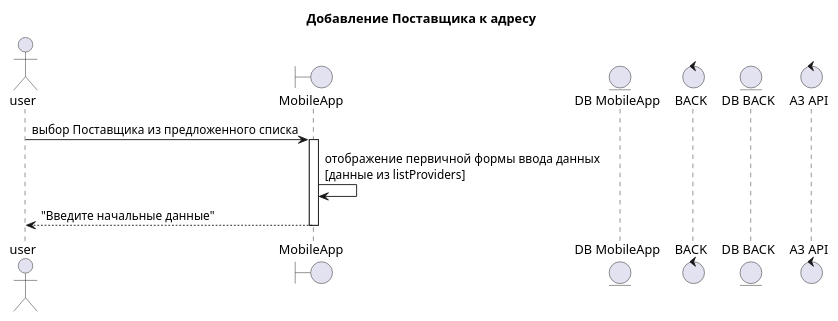
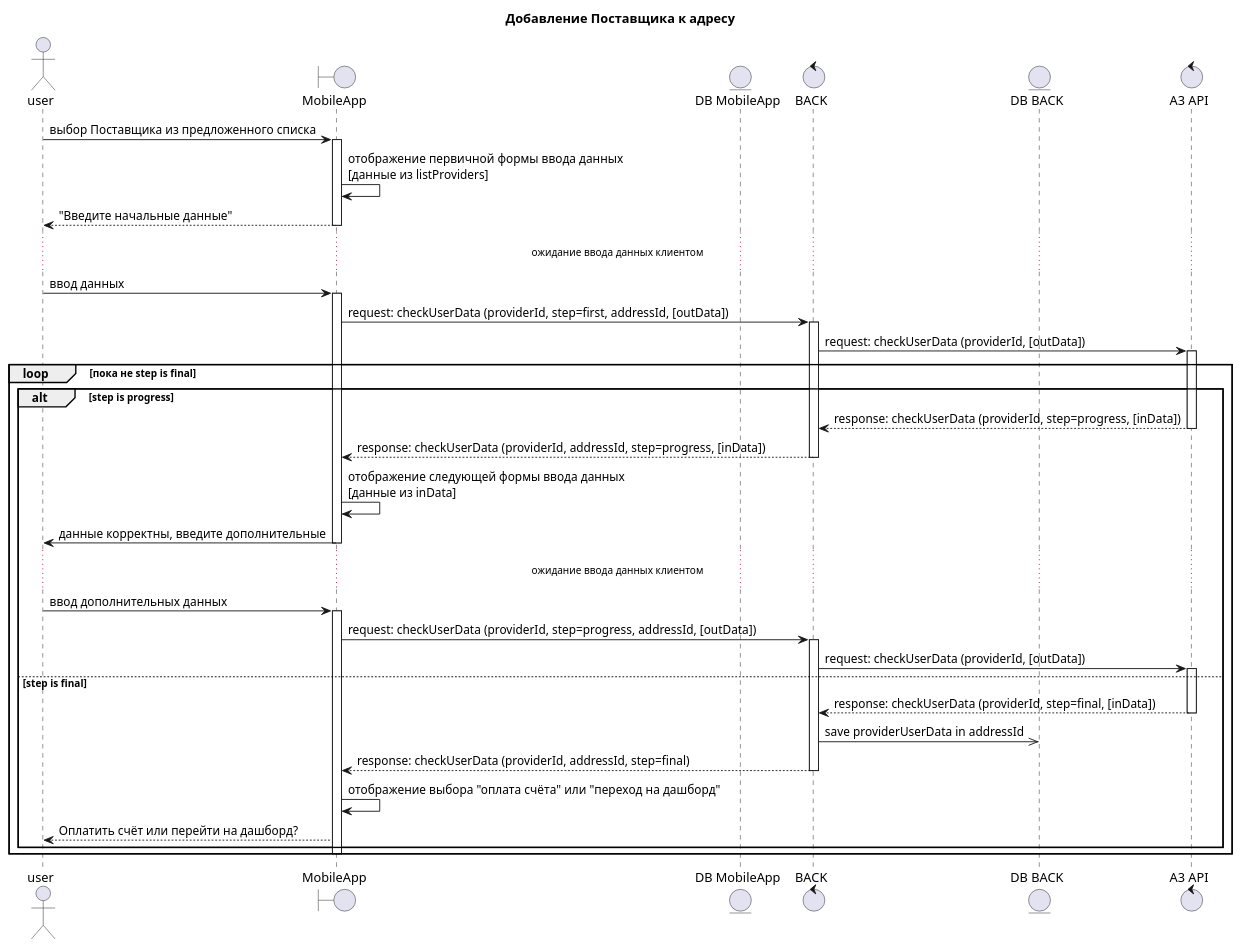
Before and after one commit to ArtWh0/UML-Scheme: the diagram in Добавление Поставщика к адресу клиенту/ДобавлениеПоставщикаКАдресу.pu, drawn with PlantUML.

Commit message:
Добавление Поставщика к адресу

```diff
--- a/Добавление Поставщика к адресу клиенту/ДобавлениеПоставщикаКАдресу.pu
+++ b/Добавление Поставщика к адресу клиенту/ДобавлениеПоставщикаКАдресу.pu
@@ -1,18 +1,58 @@
 @startuml
 title "Добавление Поставщика к адресу"
 actor user
 boundary "MobileApp" as mobapp
 entity "DB MobileApp" as dbmob
 control "BACK" as back
 entity "DB BACK" as db
 control "A3 API" as a3
 ' сделать альтернативу с вводом данных в полях из выпадающего списка при нажатии на отдельного Поставщика
 
 user -> mobapp : выбор Поставщика из предложенного списка
 activate mobapp
     mobapp -> mobapp : отображение первичной формы ввода данных\n[данные из listProviders]
     mobapp --> user : "Введите начальные данные"
 deactivate mobapp
 
+...ожидание ввода данных клиентом...
 
+user -> mobapp : ввод данных
+activate mobapp
+    mobapp -> back : request: checkUserData (providerId, step=first, addressId, [outData])
+    activate back
+        back -> a3 : request: checkUserData (providerId, [outData])
+        activate a3
+loop пока не step is final
+
+alt step is progress
+            a3 --> back : response: checkUserData (providerId, step=progress, [inData])
+        deactivate a3
+        back --> mobapp : response: checkUserData (providerId, addressId, step=progress, [inData])
+    deactivate back
+    mobapp -> mobapp: отображение следующей формы ввода данных\n[данные из inData]
+    mobapp -> user : данные корректны, введите дополнительные
+deactivate mobapp
+
+...ожидание ввода данных клиентом...
+
+user -> mobapp : ввод дополнительных данных
+activate mobapp
+    mobapp -> back : request: checkUserData (providerId, step=progress, addressId, [outData])
+    activate back
+        back -> a3 : request: checkUserData (providerId, [outData])
+
+else step is final
+            activate a3
+                a3 --> back : response: checkUserData (providerId, step=final, [inData])
+            deactivate a3
+            back ->> db : save providerUserData in addressId
+            back --> mobapp : response: checkUserData (providerId, addressId, step=final)
+        deactivate back
+    mobapp -> mobapp : отображение выбора "оплата счёта" или "переход на дашборд"
+    mobapp --> user : Оплатить счёт или перейти на дашборд?
+end
+
+deactivate mobapp
+
+end
 @enduml
```
